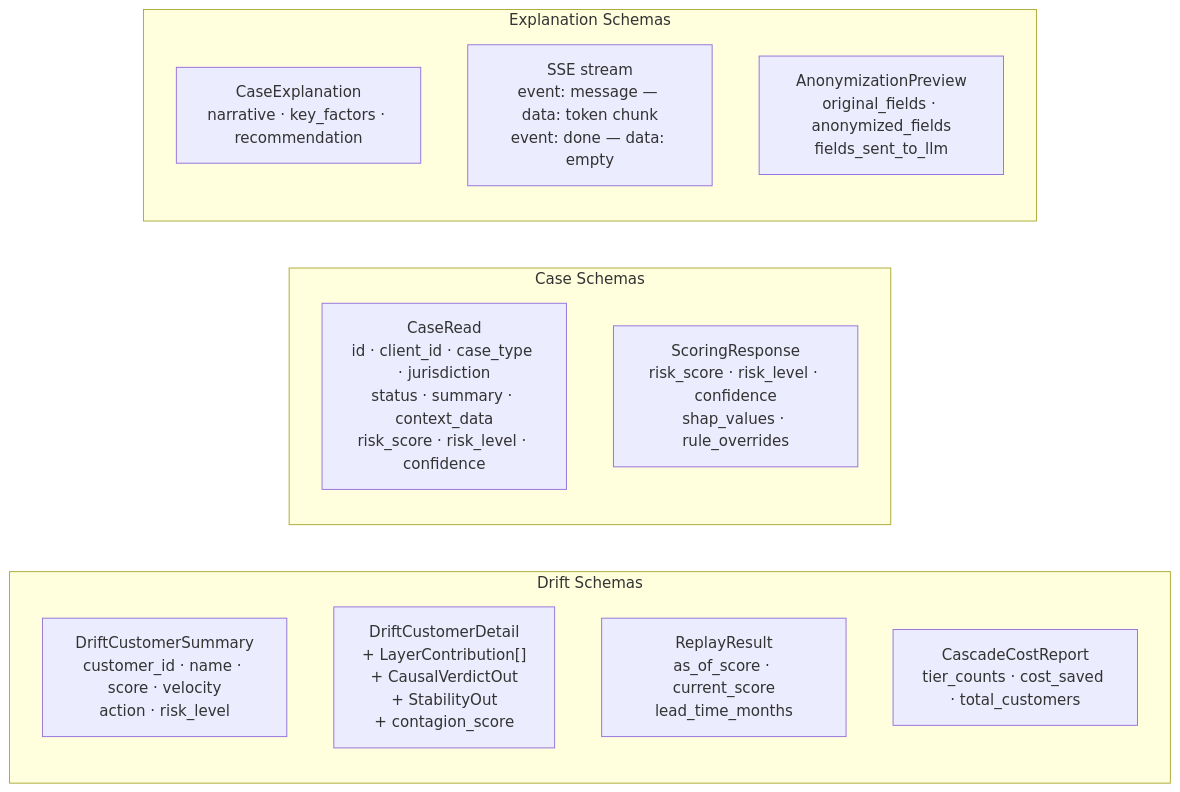
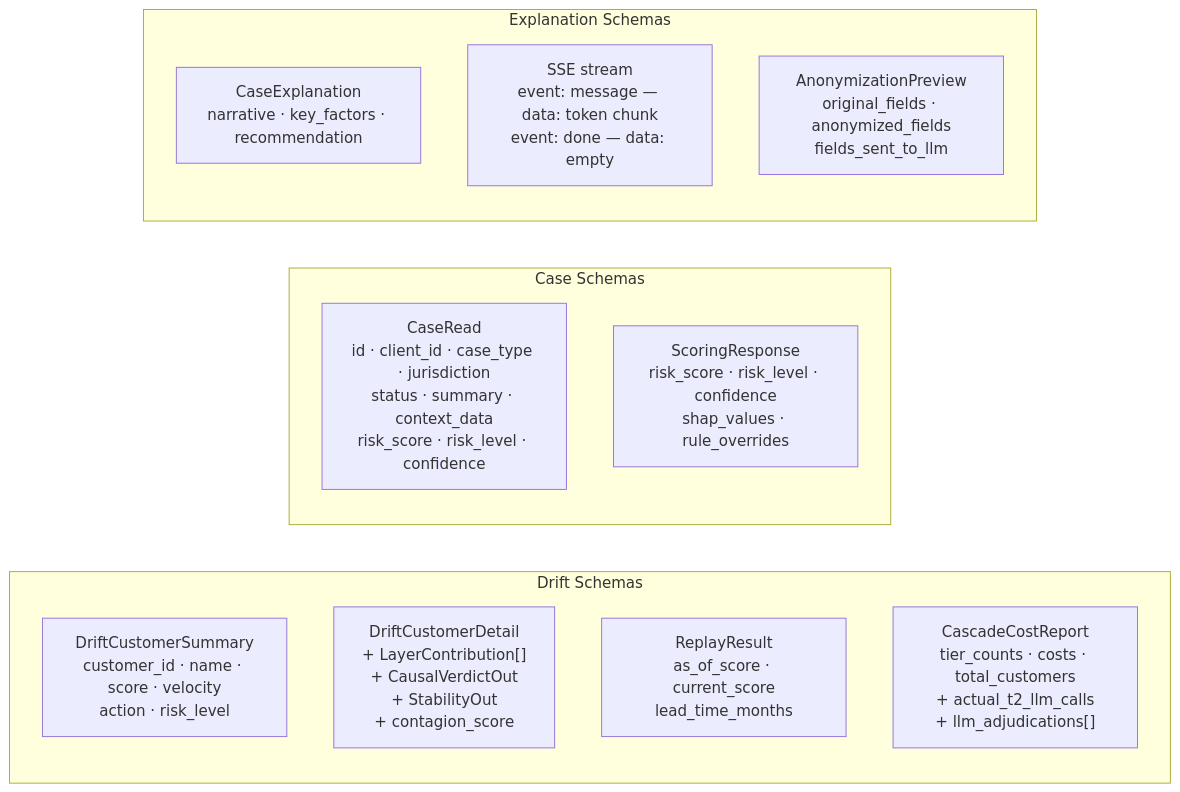
Before and after one commit to SteveDok22/Swisshacks-2026: the second of 3 diagrams in docs/api.md, drawn with Mermaid. The commit also changed other lines of this file and 12 other files, not shown here.

````diff
--- a/docs/api.md
+++ b/docs/api.md
@@ -58,20 +58,20 @@
 ```mermaid
 flowchart LR
     subgraph DriftSchemas["Drift Schemas"]
         DS1["DriftCustomerSummary\ncustomer_id · name · score · velocity\naction · risk_level"]
         DS2["DriftCustomerDetail\n+ LayerContribution[]\n+ CausalVerdictOut\n+ StabilityOut\n+ contagion_score"]
         DS3["ReplayResult\nas_of_score · current_score\nlead_time_months"]
-        DS4["CascadeCostReport\ntier_counts · cost_saved · total_customers"]
+        DS4["CascadeCostReport\ntier_counts · costs · total_customers\n+ actual_t2_llm_calls\n+ llm_adjudications[]"]
     end
 
     subgraph CaseSchemas["Case Schemas"]
         CS1["CaseRead\nid · client_id · case_type · jurisdiction\nstatus · summary · context_data\nrisk_score · risk_level · confidence"]
         CS2["ScoringResponse\nrisk_score · risk_level · confidence\nshap_values · rule_overrides"]
     end
 
     subgraph ExplainSchemas["Explanation Schemas"]
         ES1["CaseExplanation\nnarrative · key_factors · recommendation"]
         ES2["SSE stream\nevent: message — data: token chunk\nevent: done — data: empty"]
         ES3["AnonymizationPreview\noriginal_fields · anonymized_fields\nfields_sent_to_llm"]
     end
 ```
````
